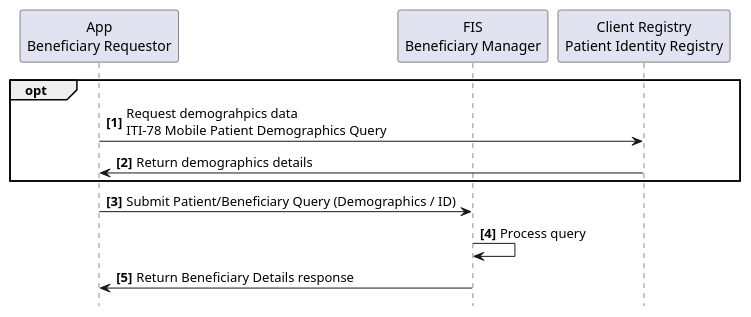
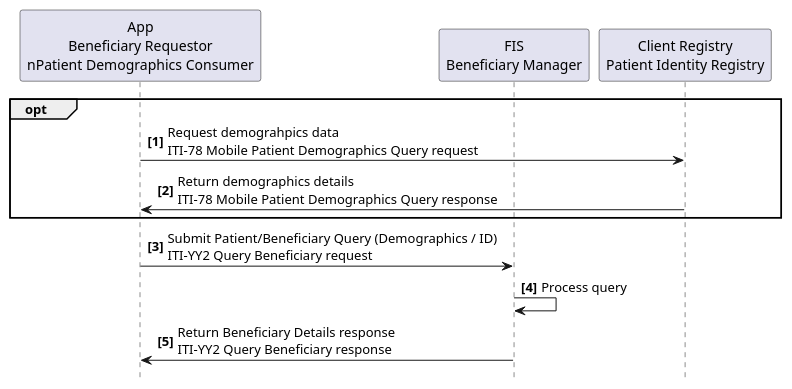
Before and after one commit to IHE/ITI.Finance: the diagram in input/images-source/usecase2-processflow.plantuml, drawn with PlantUML. The commit also changed 9 other files, not shown here.

```diff
--- a/input/images-source/usecase2-processflow.plantuml
+++ b/input/images-source/usecase2-processflow.plantuml
@@ -1,20 +1,20 @@
 @startuml
 skinparam svgDimensionStyle false
 hide footbox
 autonumber "<b>[0]"
 
-participant "App\nBeneficiary Requestor" as App
+participant "App\nBeneficiary Requestor\nnPatient Demographics Consumer" as App
 participant "FIS\nBeneficiary Manager" as FIS
 participant "Client Registry\nPatient Identity Registry" as CR
 
 
 opt
-  App->CR: Request demograhpics data\nITI-78 Mobile Patient Demographics Query
-  CR->App: Return demographics details
+  App->CR: Request demograhpics data\nITI-78 Mobile Patient Demographics Query request
+  CR->App: Return demographics details\nITI-78 Mobile Patient Demographics Query response
 end
 
-App->FIS: Submit Patient/Beneficiary Query (Demographics / ID)
+App->FIS: Submit Patient/Beneficiary Query (Demographics / ID)\nITI-YY2 Query Beneficiary request
 FIS->FIS: Process query
-FIS->App: Return Beneficiary Details response
+FIS->App: Return Beneficiary Details response\nITI-YY2 Query Beneficiary response
 
 @enduml
```
